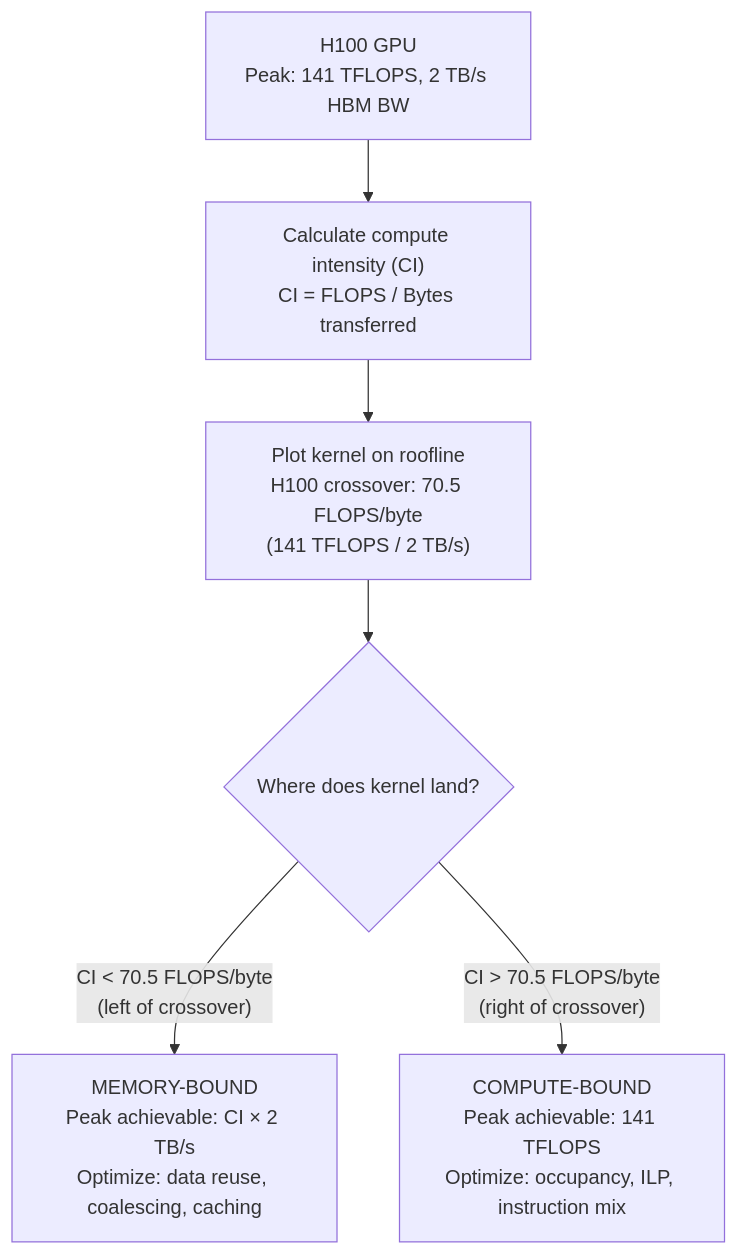
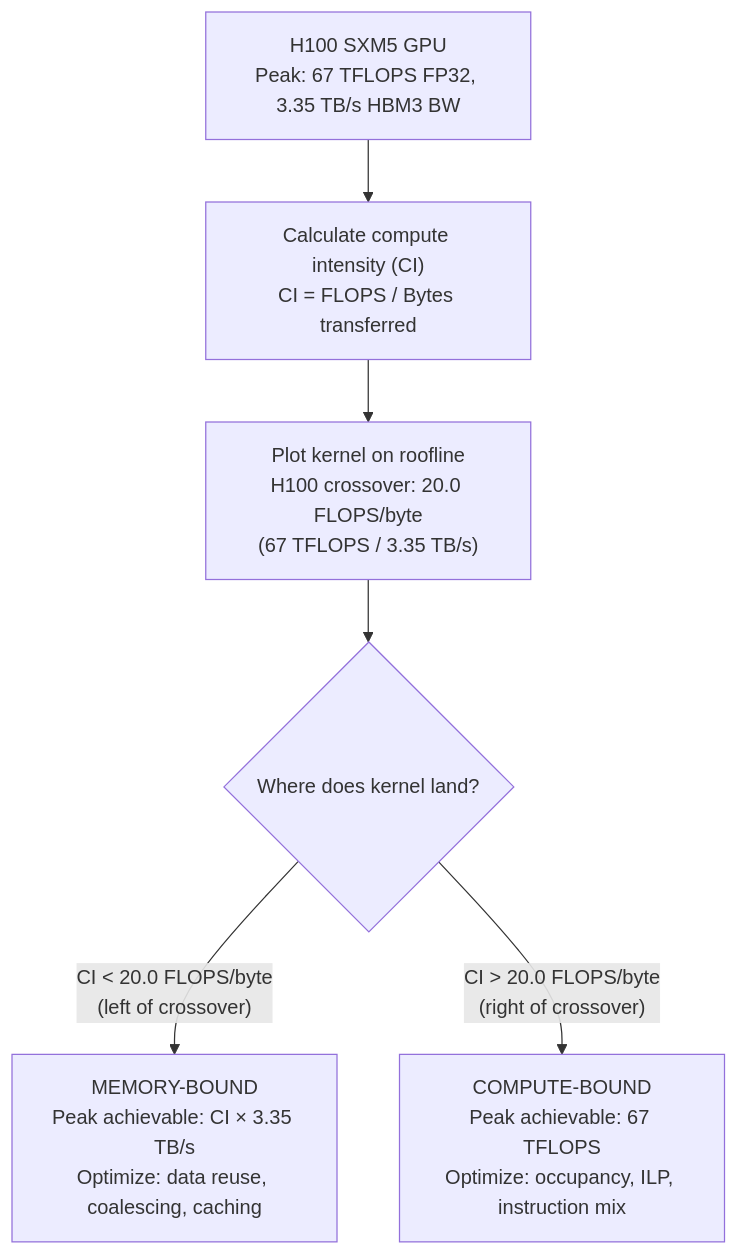
One commit to jithinpnjm/nvidia-devops changed the diagram in docs/nvidia-zero-to-hero/volume-17/chapter-03-placeholder.md. Above: the diagram before and after it, drawn with Mermaid. The commit also changed other lines of this file and 4 other files, not shown here.

````diff
--- a/docs/nvidia-zero-to-hero/volume-17/chapter-03-placeholder.md
+++ b/docs/nvidia-zero-to-hero/volume-17/chapter-03-placeholder.md
@@ -26,8 +26,8 @@
 ```mermaid
 flowchart TD
-    A["H100 GPU<br/>Peak: 141 TFLOPS, 2 TB/s HBM BW"] --> B["Calculate compute intensity (CI)<br/>CI = FLOPS / Bytes transferred"]
-    B --> C["Plot kernel on roofline<br/>H100 crossover: 70.5 FLOPS/byte<br/>(141 TFLOPS / 2 TB/s)"]
+    A["H100 SXM5 GPU<br/>Peak: 67 TFLOPS FP32, 3.35 TB/s HBM3 BW"] --> B["Calculate compute intensity (CI)<br/>CI = FLOPS / Bytes transferred"]
+    B --> C["Plot kernel on roofline<br/>H100 crossover: 20.0 FLOPS/byte<br/>(67 TFLOPS / 3.35 TB/s)"]
     C --> D{Where does kernel land?}
-    D -->|"CI < 70.5 FLOPS/byte<br/>(left of crossover)"| MB["MEMORY-BOUND<br/>Peak achievable: CI × 2 TB/s<br/>Optimize: data reuse, coalescing, caching"]
-    D -->|"CI > 70.5 FLOPS/byte<br/>(right of crossover)"| CB["COMPUTE-BOUND<br/>Peak achievable: 141 TFLOPS<br/>Optimize: occupancy, ILP, instruction mix"]
+    D -->|"CI < 20.0 FLOPS/byte<br/>(left of crossover)"| MB["MEMORY-BOUND<br/>Peak achievable: CI × 3.35 TB/s<br/>Optimize: data reuse, coalescing, caching"]
+    D -->|"CI > 20.0 FLOPS/byte<br/>(right of crossover)"| CB["COMPUTE-BOUND<br/>Peak achievable: 67 TFLOPS<br/>Optimize: occupancy, ILP, instruction mix"]
 ```
````
